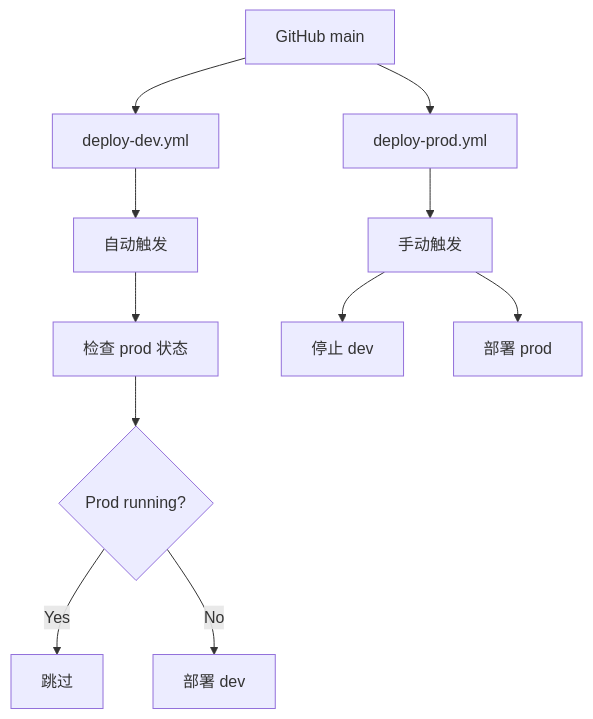
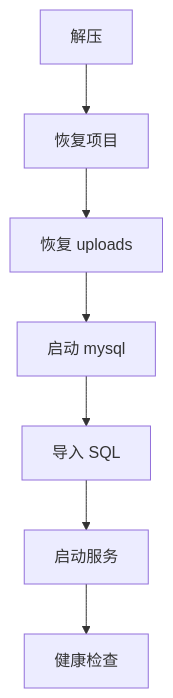
Before and after one commit to N40134318/blog-system: the fourth of 6 diagrams in docs/architecture-overview.md, drawn with Mermaid. The commit also changed other lines of this file and 3 other files, not shown here.

````diff
--- a/docs/architecture-overview.md
+++ b/docs/architecture-overview.md
@@ -151,13 +142,9 @@
-```mermaid
+``` mermaid
 flowchart TD
-    A[GitHub main] --> B[deploy-dev.yml]
-    A --> C[deploy-prod.yml]
-    B --> D[自动触发]
-    C --> E[手动触发]
-    D --> F[检查 prod 状态]
-    F --> G{Prod running?}
-    G -- Yes --> H[跳过]
-    G -- No --> I[部署 dev]
-    E --> J[停止 dev]
-    E --> K[部署 prod]
+A[解压] --> B[恢复项目]
+B --> C[恢复 uploads]
+C --> D[启动 mysql]
+D --> E[导入 SQL]
+E --> F[启动服务]
+F --> G[健康检查]
 ```
````
